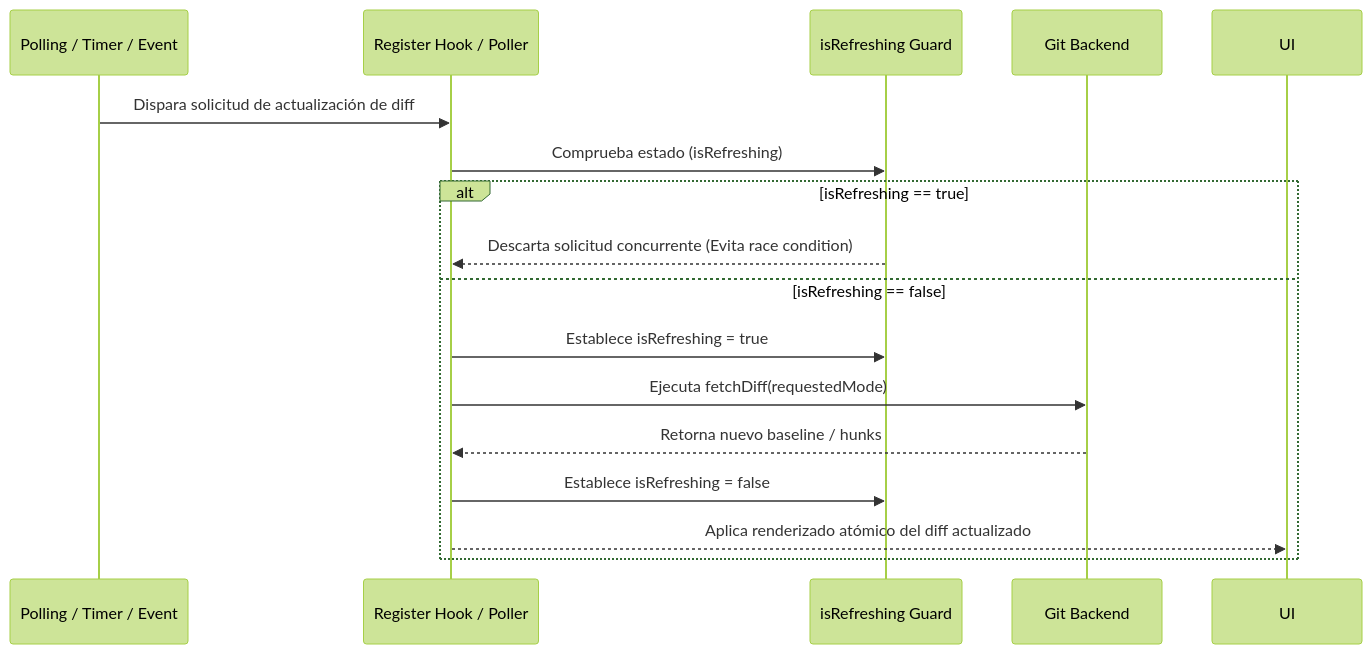
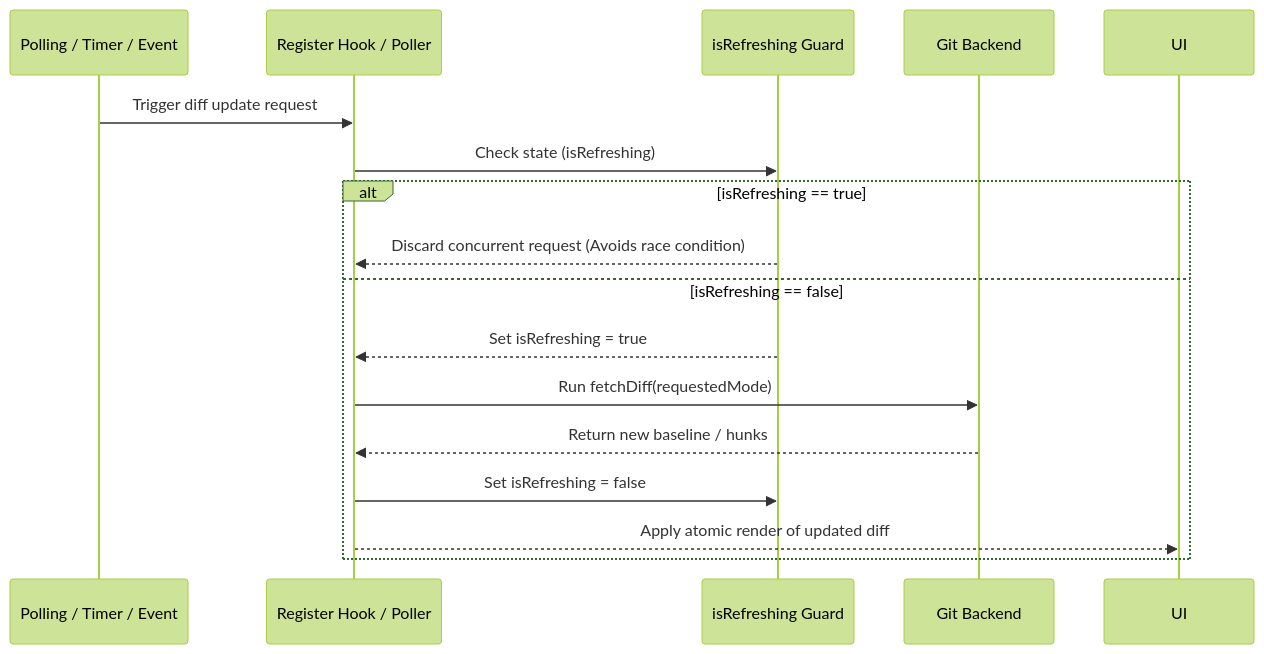
Before and after one commit to agmonetti/pi-iteration-diff: the second of 2 diagrams in research/CLAUDE_CODE_DIFF_DEEP_DIVE.md, drawn with Mermaid (forest theme). The commit also changed other lines of this file and 17 other files, not shown here.

````diff
--- a/research/CLAUDE_CODE_DIFF_DEEP_DIVE.md
+++ b/research/CLAUDE_CODE_DIFF_DEEP_DIVE.md
@@ -78,19 +78,19 @@
 ```mermaid
 sequenceDiagram
     participant Timer as Polling / Timer / Event
     participant Reg as Register Hook / Poller
     participant Guard as isRefreshing Guard
     participant Git as Git Backend
 
-    Timer->>Reg: Dispara solicitud de actualización de diff
-    Reg->>Guard: Comprueba estado (isRefreshing)
+    Timer->>Reg: Trigger diff update request
+    Reg->>Guard: Check state (isRefreshing)
     alt isRefreshing == true
-        Guard-->>Reg: Descarta solicitud concurrente (Evita race condition)
+        Guard-->>Reg: Discard concurrent request (Avoids race condition)
     else isRefreshing == false
-        Reg->>Guard: Establece isRefreshing = true
-        Reg->>Git: Ejecuta fetchDiff(requestedMode)
-        Git-->>Reg: Retorna nuevo baseline / hunks
-        Reg->>Guard: Establece isRefreshing = false
-        Reg-->>UI: Aplica renderizado atómico del diff actualizado
+        Guard-->>Reg: Set isRefreshing = true
+        Reg->>Git: Run fetchDiff(requestedMode)
+        Git-->>Reg: Return new baseline / hunks
+        Reg->>Guard: Set isRefreshing = false
+        Reg-->>UI: Apply atomic render of updated diff
     end
 ```
````
